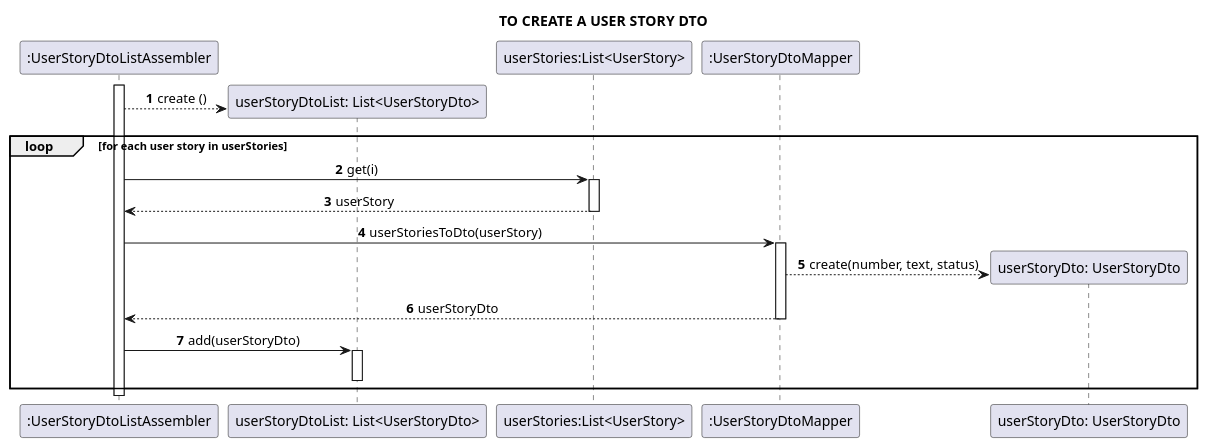
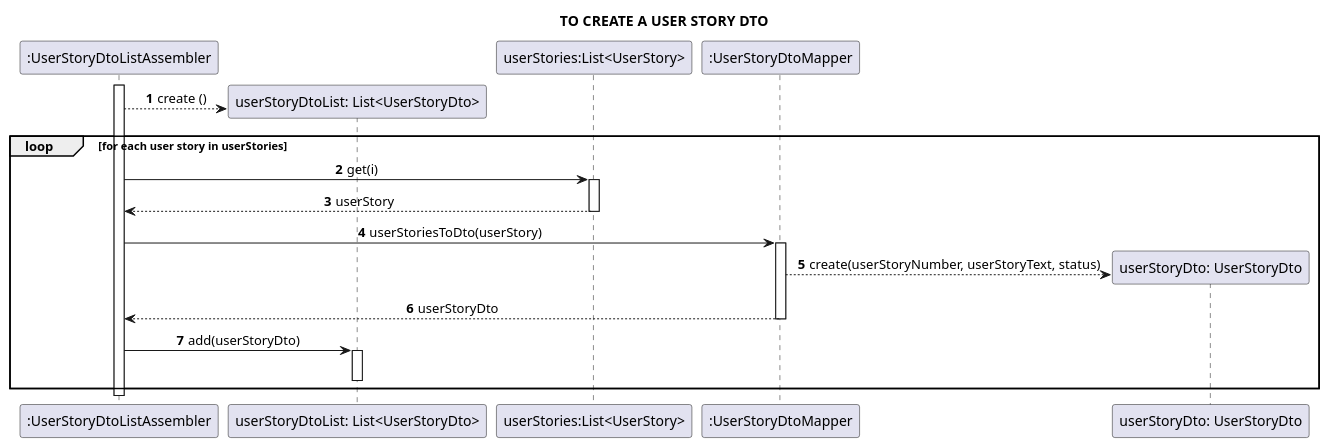
The diagram in docs/modelling_design/user_stories/reference_diagrams/userStoryDto_sequenceDiagram.puml (Loracline/project_switch_22-23), drawn with PlantUML before and after one commit. The commit also changed 3 other files, not shown here.

Commit message:
US018: Design: updated userStoryDto_sequenceDiagram.puml and Sequence Diagram of US018, addresses #25

```diff
--- a/docs/modelling_design/user_stories/reference_diagrams/userStoryDto_sequenceDiagram.puml
+++ b/docs/modelling_design/user_stories/reference_diagrams/userStoryDto_sequenceDiagram.puml
@@ -1,37 +1,37 @@
 @startuml
 skinparam sequenceMessageAlign center
 title TO CREATE A USER STORY DTO
 autonumber
 
 participant ":UserStoryDtoListAssembler" as builder
 participant "userStoryDtoList: List<UserStoryDto>" as listUsDto
 participant "userStories:List<UserStory>" as userStories
 participant ":UserStoryDtoMapper" as mapper
 participant "userStoryDto: UserStoryDto" as usDto
 
 activate builder
 
 create listUsDto
 builder --> listUsDto: create ()
 
 loop for each user story in userStories
 builder -> userStories: get(i)
 activate userStories
 
 builder <-- userStories: userStory
 deactivate userStories
 
 
 builder -> mapper: userStoriesToDto(userStory)
 activate mapper
 create usDto
-mapper --> usDto: create(number, text, status)
+mapper --> usDto: create(userStoryNumber, userStoryText, status)
 mapper --> builder: userStoryDto
 deactivate mapper
 builder -> listUsDto: add(userStoryDto)
 activate listUsDto
 deactivate listUsDto
 end loop
 
 deactivate builder
 @enduml
```
